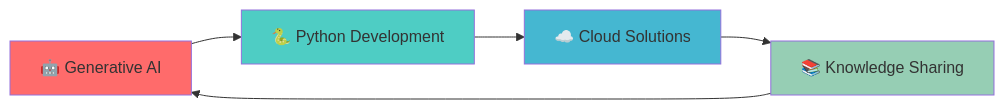
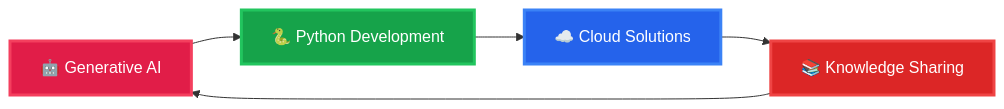
One commit to Shishir420-GIT/Shishir420-GIT changed the diagram in README.md. Above: the diagram before and after it, drawn with Mermaid. The commit also changed other lines of this file and 1 other file, not shown here.

````diff
--- a/README.md
+++ b/README.md
@@ -190,12 +215,12 @@
 ```mermaid
 graph LR
     A[🤖 Generative AI] --> B[🐍 Python Development]
     B --> C[☁️ Cloud Solutions]
     C --> D[📚 Knowledge Sharing]
     D --> A
     
-    style A fill:#ff6b6b
-    style B fill:#4ecdc4
-    style C fill:#45b7d1
-    style D fill:#96ceb4
+    style A fill:#e11d48,stroke:#f43f5e,stroke-width:3px,color:#ffffff
+    style B fill:#16a34a,stroke:#22c55e,stroke-width:3px,color:#ffffff
+    style C fill:#2563eb,stroke:#3b82f6,stroke-width:3px,color:#ffffff
+    style D fill:#dc2626,stroke:#ef4444,stroke-width:3px,color:#ffffff
 ```
````
